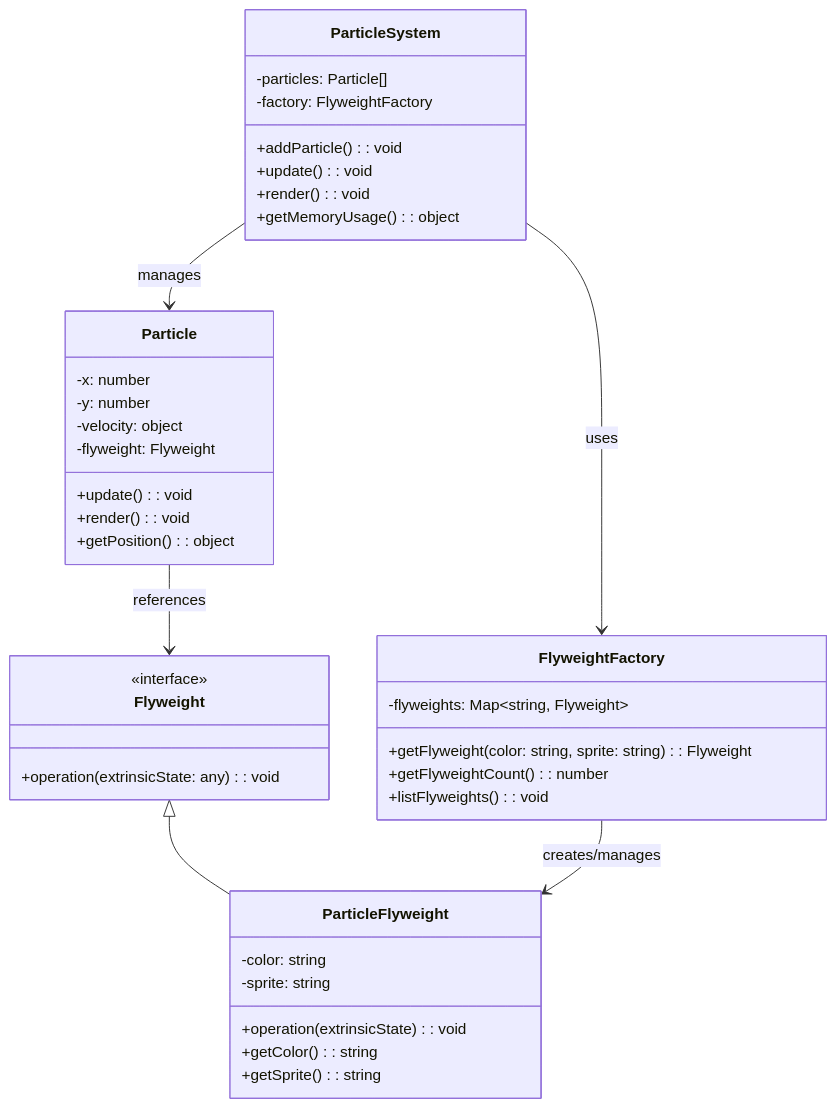
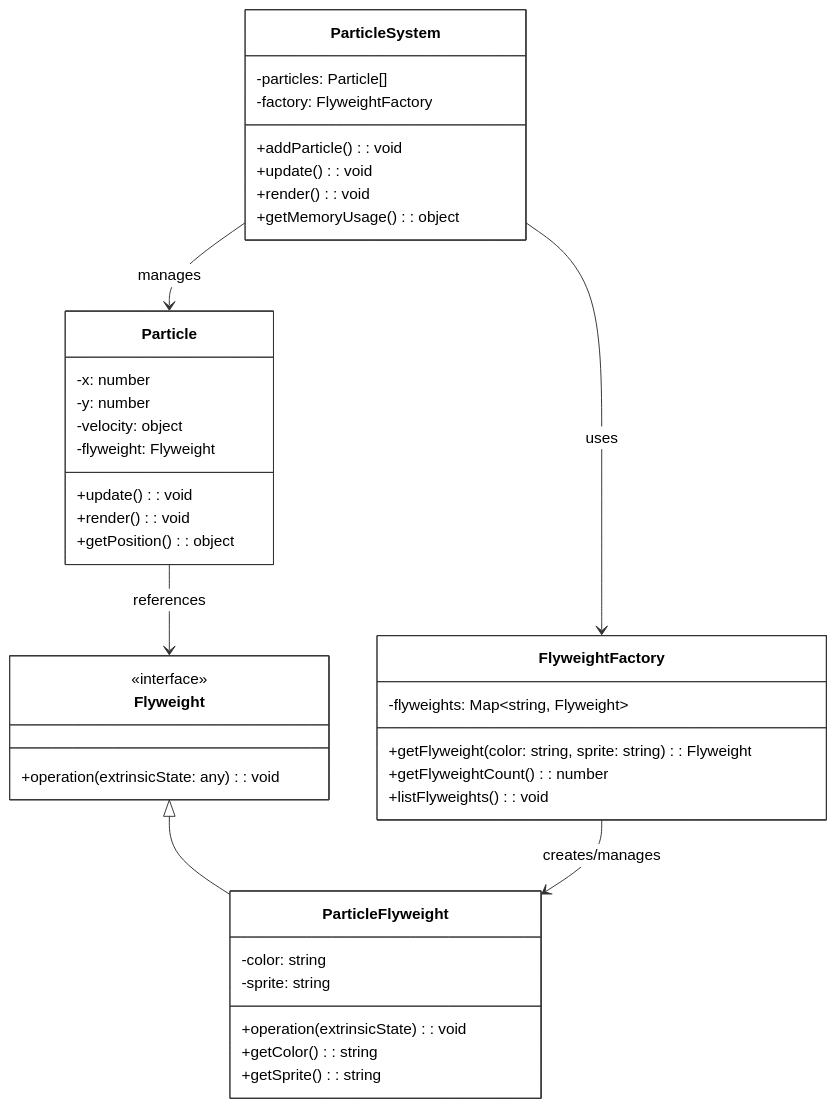
One commit to BernatQI/Design-Patterns changed the diagram in flyweight/README.md. Above: the diagram before and after it, drawn with Mermaid. The commit also changed 23 other files, not shown here.

Commit message:
Change UML mermaid conf so Class text is more accesible/readable

````diff
--- a/flyweight/README.md
+++ b/flyweight/README.md
@@ -27,47 +27,48 @@
 ```mermaid
+%%{init: {"theme": "base", "themeVariables": {"primaryColor": "#ffffff", "primaryTextColor": "#000000", "primaryBorderColor": "#333333", "lineColor": "#333333", "secondaryColor": "#f8f8f8", "tertiaryColor": "#ffffff"}}}%%
 classDiagram
     class Flyweight {
         <<interface>>
         +operation(extrinsicState: any): void
     }
     
     class ParticleFlyweight {
         -color: string
         -sprite: string
         +operation(extrinsicState): void
         +getColor(): string
         +getSprite(): string
     }
     
     class FlyweightFactory {
         -flyweights: Map~string, Flyweight~
         +getFlyweight(color: string, sprite: string): Flyweight
         +getFlyweightCount(): number
         +listFlyweights(): void
     }
     
     class Particle {
         -x: number
         -y: number
         -velocity: object
         -flyweight: Flyweight
         +update(): void
         +render(): void
         +getPosition(): object
     }
     
     class ParticleSystem {
         -particles: Particle[]
         -factory: FlyweightFactory
         +addParticle(): void
         +update(): void
         +render(): void
         +getMemoryUsage(): object
     }
     
     Flyweight <|-- ParticleFlyweight
     FlyweightFactory --> ParticleFlyweight : creates/manages
     Particle --> Flyweight : references
     ParticleSystem --> Particle : manages
     ParticleSystem --> FlyweightFactory : uses
 ```
````
